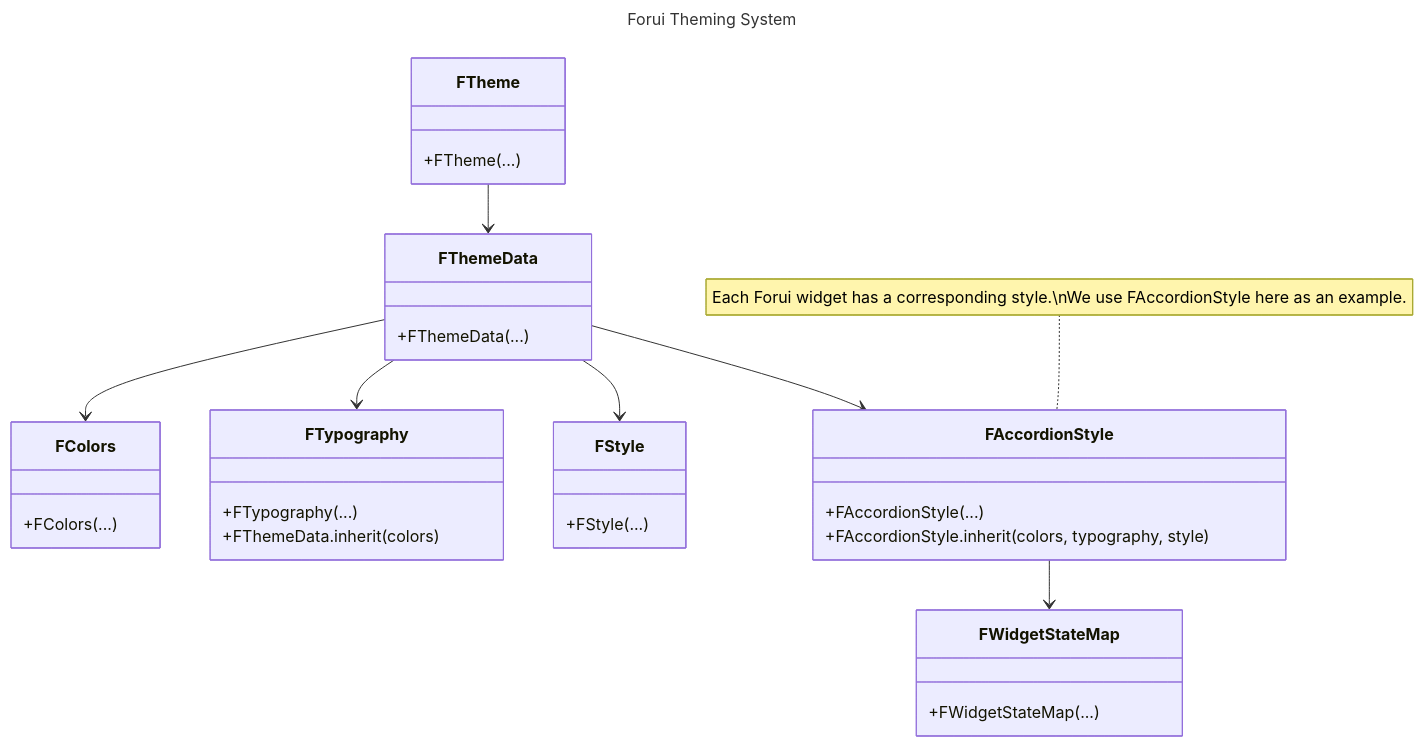
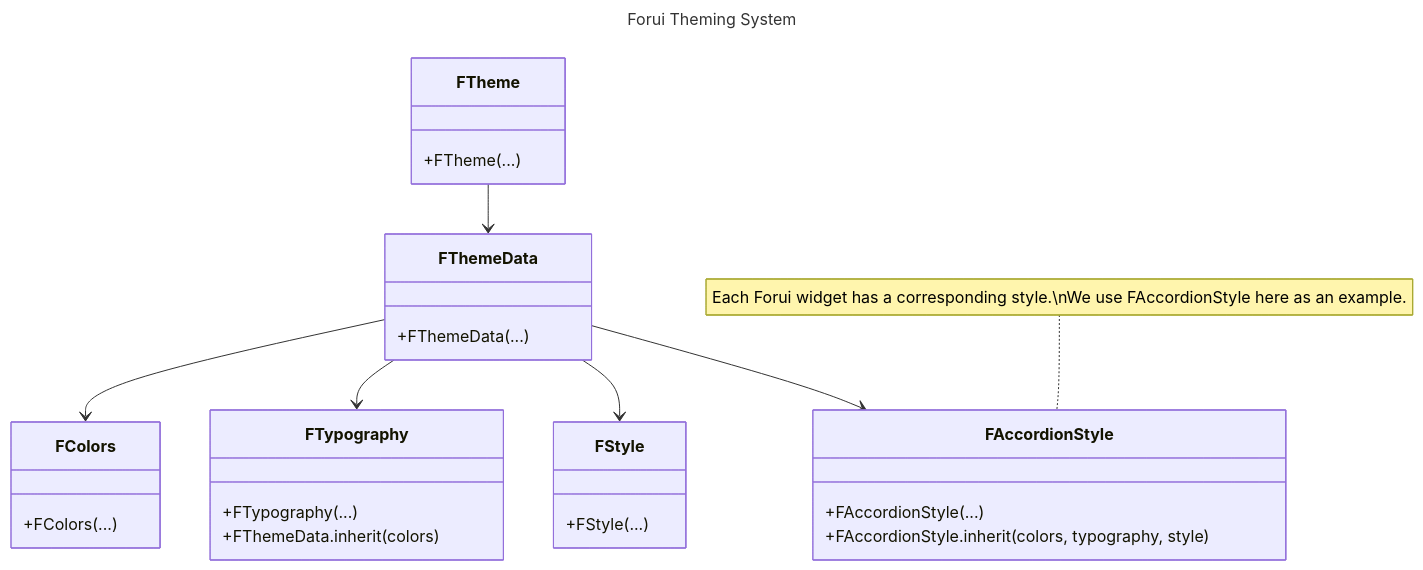
The diagram in docs/app/docs/themes/page.mdx (forus-labs/forui), drawn with Mermaid before and after one commit. The commit also changed other lines of this file and 1 other file, not shown here.

````diff
--- a/docs/app/docs/themes/page.mdx
+++ b/docs/app/docs/themes/page.mdx
@@ -20,43 +20,38 @@
 ```mermaid
 ---
 title: Forui Theming System
 ---
 classDiagram
 class FTheme {
     +FTheme(...)
 }
 
 class FThemeData {
     +FThemeData(...)
 }
 
 class FColors {
     +FColors(...)
 }
 
 class FTypography {
     +FTypography(...)
     +FThemeData.inherit(colors)
 }
 
 class FStyle {
     +FStyle(...)
 }
 
 class FAccordionStyle {
     +FAccordionStyle(...)
     +FAccordionStyle.inherit(colors, typography, style)
 }
 note for FAccordionStyle "Each Forui widget has a corresponding style.\nWe use FAccordionStyle here as an example."
 
-class FWidgetStateMap {
-    +FWidgetStateMap(...)
-}
-
 FTheme --> FThemeData
 FThemeData --> FColors
 FThemeData --> FTypography
 FThemeData --> FStyle
 FThemeData --> FAccordionStyle
-FAccordionStyle --> FWidgetStateMap
 ```
````
